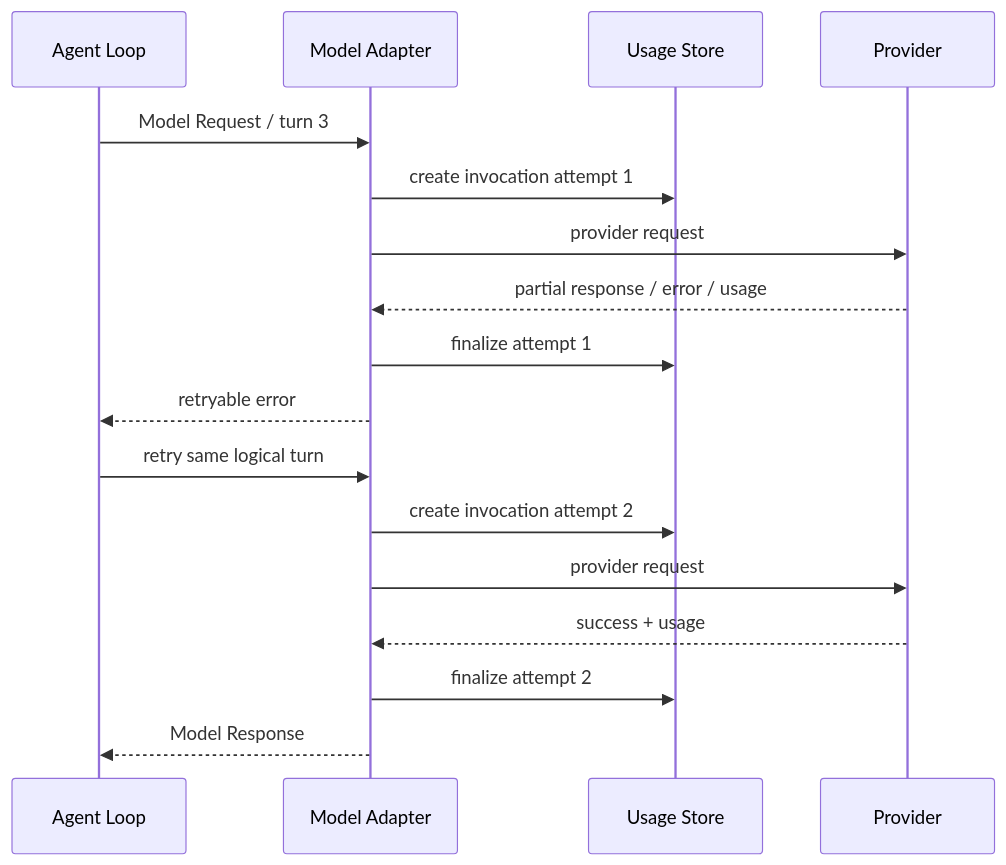
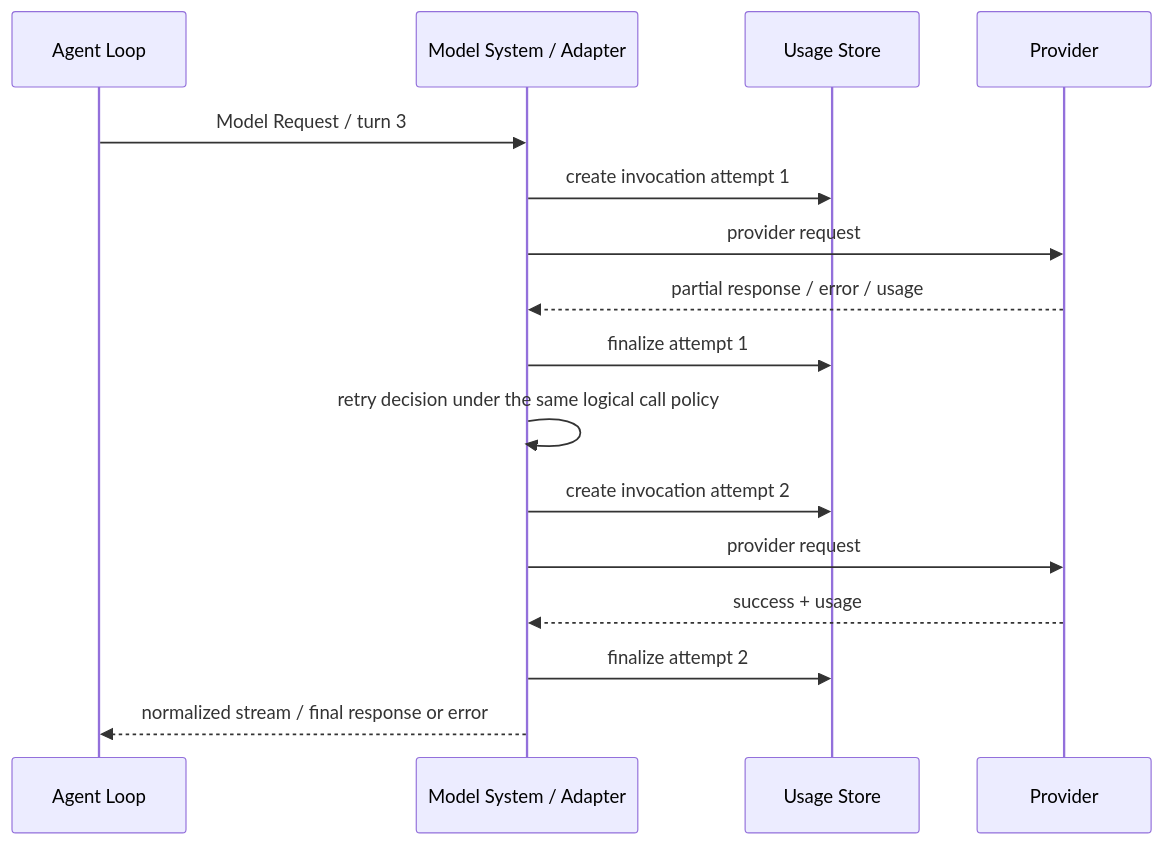
The second of 5 diagrams in docs/architecture/platform-infrastructure/model-token-usage.md (LunaDeerTech/agenteam), drawn with Mermaid before and after one commit. The commit also changed other lines of this file and 86 other files, not shown here.

```diff
--- a/docs/architecture/platform-infrastructure/model-token-usage.md
+++ b/docs/architecture/platform-infrastructure/model-token-usage.md
@@ -187,21 +199,19 @@
 ~~~mermaid
 sequenceDiagram
     participant L as Agent Loop
-    participant A as Model Adapter
+    participant A as Model System / Adapter
     participant U as Usage Store
     participant P as Provider
 
     L->>A: Model Request / turn 3
     A->>U: create invocation attempt 1
     A->>P: provider request
     P-->>A: partial response / error / usage
     A->>U: finalize attempt 1
-    A-->>L: retryable error
-
-    L->>A: retry same logical turn
+    A->>A: retry decision under the same logical call policy
     A->>U: create invocation attempt 2
     A->>P: provider request
     P-->>A: success + usage
     A->>U: finalize attempt 2
-    A-->>L: Model Response
+    A-->>L: normalized stream / final response or error
 ~~~
```
